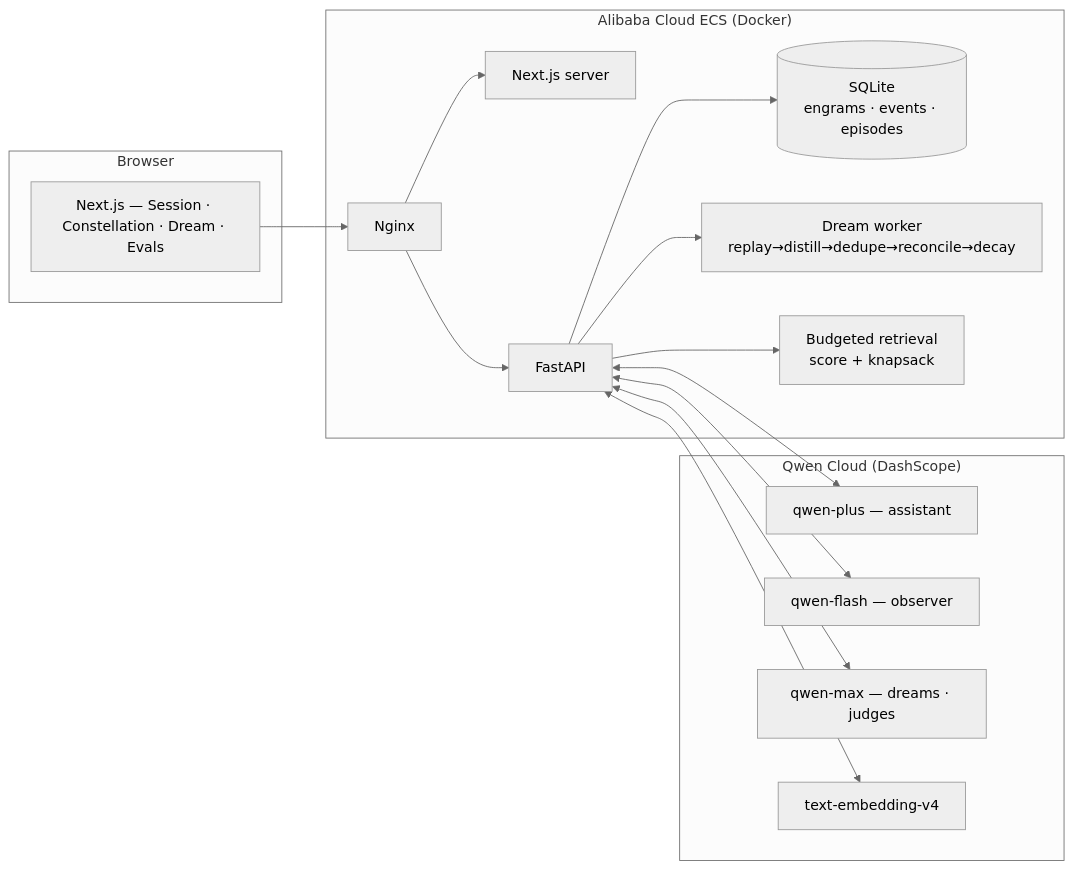
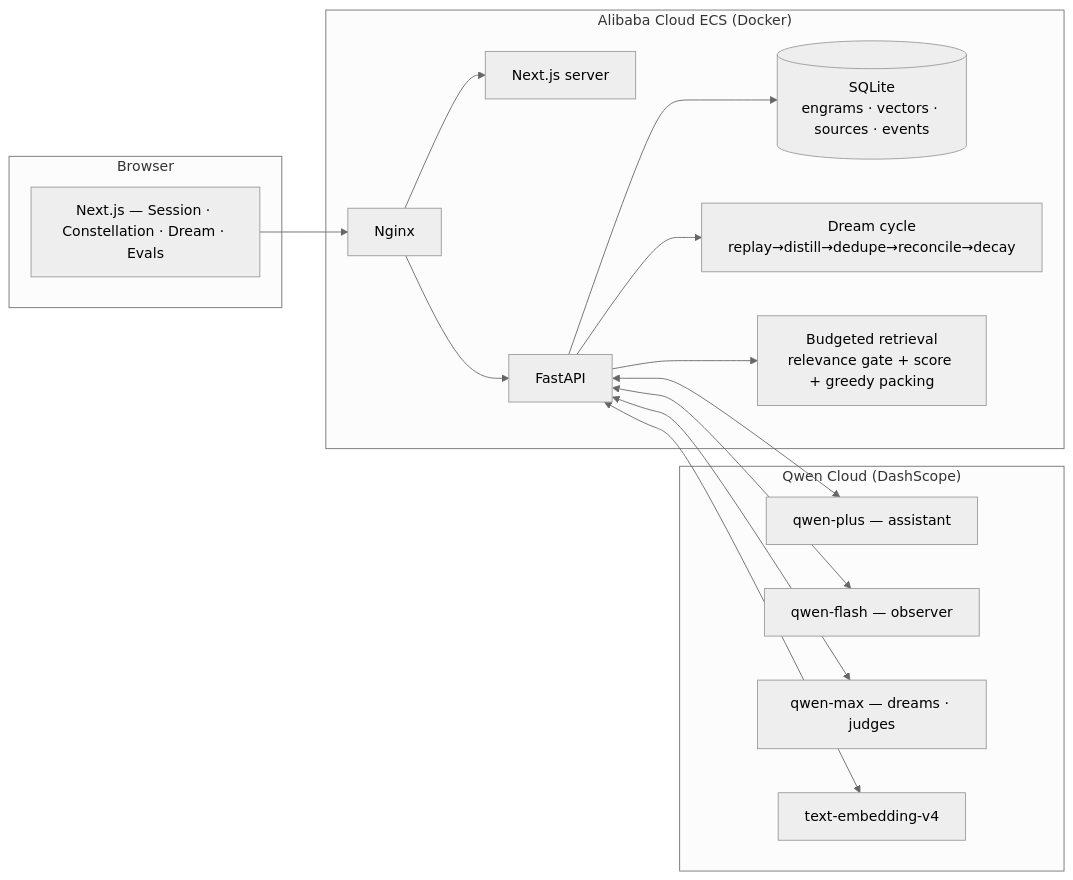
Before and after one commit to anujk22/Reverie: the diagram in docs/ARCHITECTURE.md, drawn with Mermaid (neutral theme). The commit also changed other lines of this file and 70 other files, not shown here.

````diff
--- a/docs/ARCHITECTURE.md
+++ b/docs/ARCHITECTURE.md
@@ -17,24 +22,24 @@
 ```mermaid
 flowchart LR
   subgraph Browser
     UI[Next.js — Session · Constellation · Dream · Evals]
   end
   subgraph "Alibaba Cloud ECS (Docker)"
     NG[Nginx] --> FE[Next.js server]
     NG --> BE[FastAPI]
-    BE --> DB[(SQLite\nengrams · events · episodes)]
-    BE --> DW[Dream worker\nreplay→distill→dedupe→reconcile→decay]
-    BE --> RET[Budgeted retrieval\nscore + knapsack]
+    BE --> DB[(SQLite\nengrams · vectors · sources · events)]
+    BE --> DW[Dream cycle\nreplay→distill→dedupe→reconcile→decay]
+    BE --> RET[Budgeted retrieval\nrelevance gate + score + greedy packing]
   end
   subgraph "Qwen Cloud (DashScope)"
     QP[qwen-plus — assistant]
     QF[qwen-flash — observer]
     QM[qwen-max — dreams · judges]
     QE[text-embedding-v4]
   end
   BE <--> QP
   BE <--> QF
   BE <--> QM
   BE <--> QE
   UI --> NG
 ```
````
